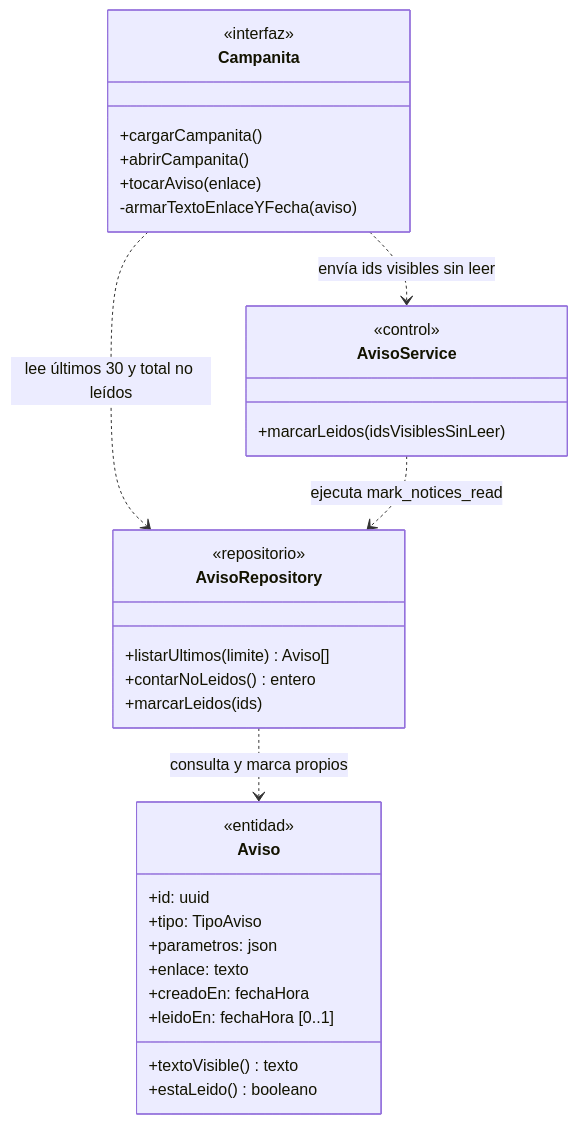
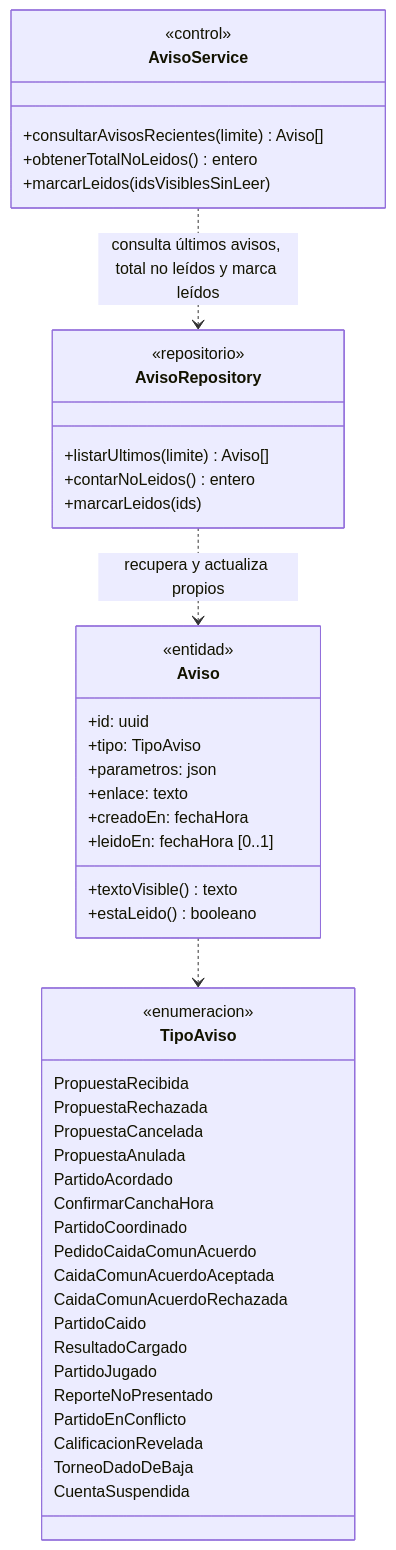
One commit to nicqletal/torneos-scraper changed the seventh of 7 diagrams in docs/diagramas-de-clase/cuenta-y-acceso.md. Above: the diagram before and after it, drawn with Mermaid. The commit also changed other lines of this file and 12 other files, not shown here.

Commit message:
Correcion Diagramas de Clase

````diff
--- a/docs/diagramas-de-clase/cuenta-y-acceso.md
+++ b/docs/diagramas-de-clase/cuenta-y-acceso.md
@@ -527,36 +378,51 @@
 ```mermaid
 classDiagram
 direction TB
-class Campanita {
-  <<interfaz>>
-  +cargarCampanita()
-  +abrirCampanita()
-  +tocarAviso(enlace)
-  -armarTextoEnlaceYFecha(aviso)
-}
 class AvisoService {
   <<control>>
+  +consultarAvisosRecientes(limite) Aviso[]
+  +obtenerTotalNoLeidos() entero
   +marcarLeidos(idsVisiblesSinLeer)
 }
 class AvisoRepository {
   <<repositorio>>
   +listarUltimos(limite) Aviso[]
   +contarNoLeidos() entero
   +marcarLeidos(ids)
 }
 class Aviso {
   <<entidad>>
   +id: uuid
   +tipo: TipoAviso
   +parametros: json
   +enlace: texto
   +creadoEn: fechaHora
   +leidoEn: fechaHora [0..1]
   +textoVisible() texto
   +estaLeido() booleano
 }
-Campanita ..> AvisoRepository : lee últimos 30 y total no leídos
-Campanita ..> AvisoService : envía ids visibles sin leer
-AvisoService ..> AvisoRepository : ejecuta mark_notices_read
-AvisoRepository ..> Aviso : consulta y marca propios
+class TipoAviso {
+  <<enumeracion>>
+  PropuestaRecibida
+  PropuestaRechazada
+  PropuestaCancelada
+  PropuestaAnulada
+  PartidoAcordado
+  ConfirmarCanchaHora
+  PartidoCoordinado
+  PedidoCaidaComunAcuerdo
+  CaidaComunAcuerdoAceptada
+  CaidaComunAcuerdoRechazada
+  PartidoCaido
+  ResultadoCargado
+  PartidoJugado
+  ReporteNoPresentado
+  PartidoEnConflicto
+  CalificacionRevelada
+  TorneoDadoDeBaja
+  CuentaSuspendida
+}
+AvisoService ..> AvisoRepository : consulta últimos avisos, total no leídos y marca leídos
+AvisoRepository ..> Aviso : recupera y actualiza propios
+Aviso ..> TipoAviso
 ```
````
